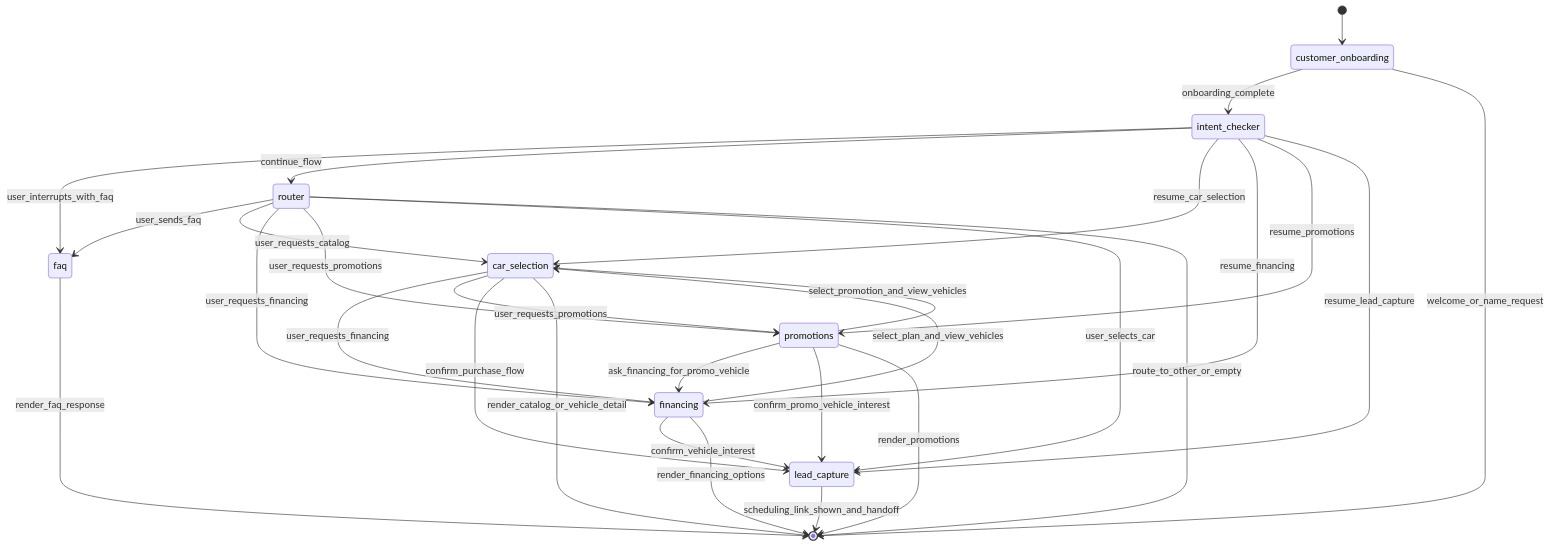
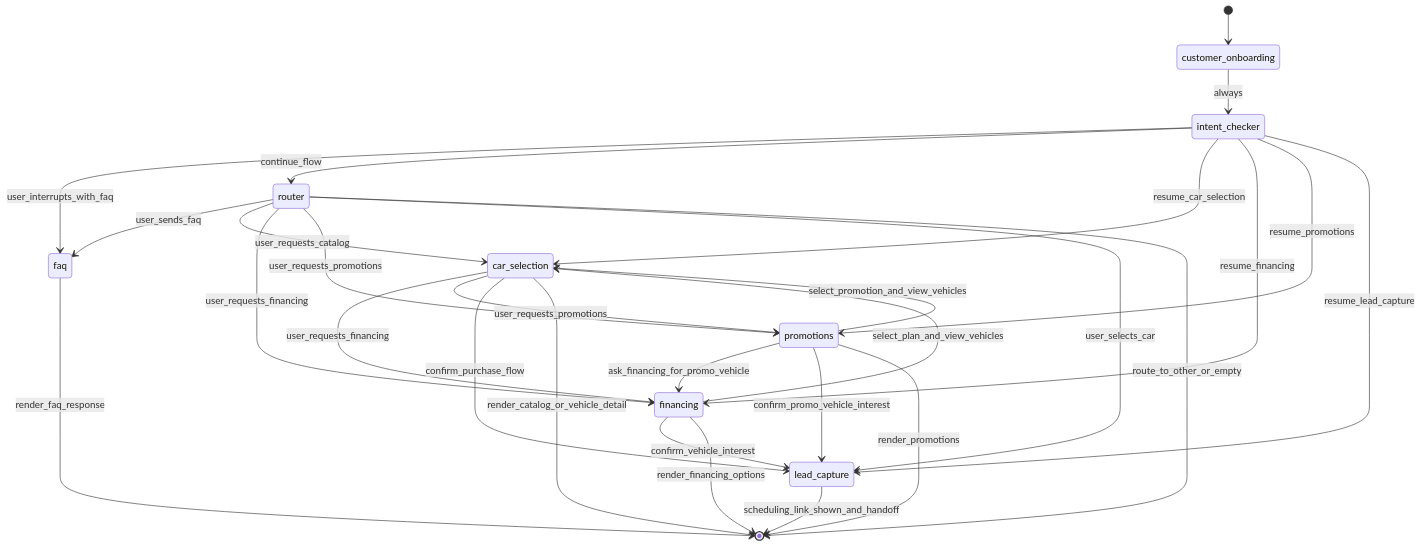
Before and after one commit to JoseManuelGdlO/car-advisor-bot: the diagram in bot/docs/state-automata.md, drawn with Mermaid. The commit also changed other lines of this file and 16 other files, not shown here.

First line of the commit message:
feat: streamline customer onboarding process and enhance greeting logic

````diff
--- a/bot/docs/state-automata.md
+++ b/bot/docs/state-automata.md
@@ -29,37 +29,36 @@
 ```mermaid
 stateDiagram-v2
     [*] --> customer_onboarding
-    customer_onboarding --> intent_checker: onboarding_complete
-    customer_onboarding --> [*]: welcome_or_name_request
+    customer_onboarding --> intent_checker: always
 
     intent_checker --> faq: user_interrupts_with_faq
     intent_checker --> router: continue_flow
     intent_checker --> car_selection: resume_car_selection
     intent_checker --> financing: resume_financing
     intent_checker --> promotions: resume_promotions
     intent_checker --> lead_capture: resume_lead_capture
 
     router --> faq: user_sends_faq
     router --> car_selection: user_requests_catalog
     router --> financing: user_requests_financing
     router --> promotions: user_requests_promotions
     router --> lead_capture: user_selects_car
     router --> [*]: route_to_other_or_empty
 
     car_selection --> financing: user_requests_financing
     car_selection --> promotions: user_requests_promotions
     car_selection --> lead_capture: confirm_purchase_flow
     car_selection --> [*]: render_catalog_or_vehicle_detail
 
     financing --> car_selection: select_plan_and_view_vehicles
     financing --> lead_capture: confirm_vehicle_interest
     financing --> [*]: render_financing_options
 
     promotions --> car_selection: select_promotion_and_view_vehicles
     promotions --> financing: ask_financing_for_promo_vehicle
     promotions --> lead_capture: confirm_promo_vehicle_interest
     promotions --> [*]: render_promotions
 
     faq --> [*]: render_faq_response
     lead_capture --> [*]: scheduling_link_shown_and_handoff
 ```
````
